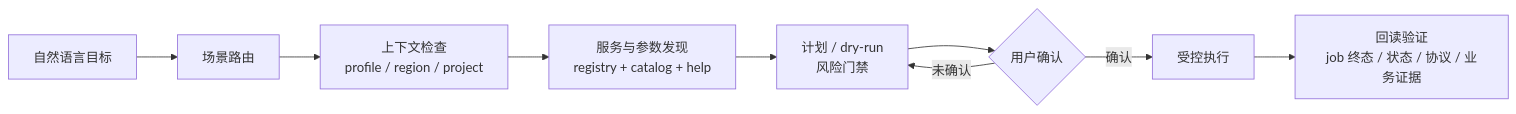
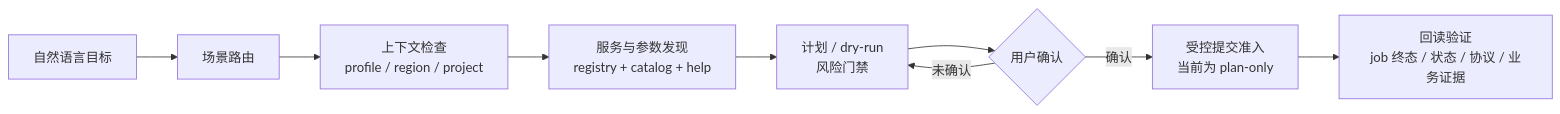
Before and after one commit to pipixia-labs/huaweicloud-skill: the first of 2 diagrams in README.md, drawn with Mermaid. The commit also changed other lines of this file and 81 other files, not shown here.

````diff
--- a/README.md
+++ b/README.md
@@ -44,11 +44,11 @@
 ```mermaid
 flowchart LR
   A[自然语言目标] --> B[场景路由]
   B --> C[上下文检查<br/>profile / region / project]
   C --> D[服务与参数发现<br/>registry + catalog + help]
   D --> E[计划 / dry-run<br/>风险门禁]
   E --> F{用户确认}
-  F -->|确认| G[受控执行]
+  F -->|确认| G[受控提交准入<br/>当前为 plan-only]
   F -->|未确认| E
   G --> H[回读验证<br/>job 终态 / 状态 / 协议 / 业务证据]
 ```
````
